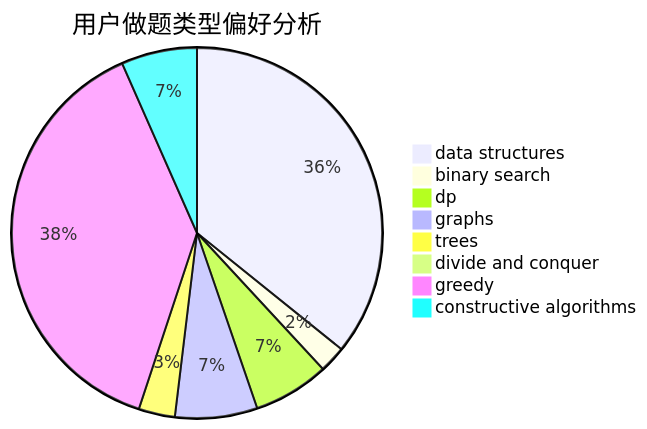
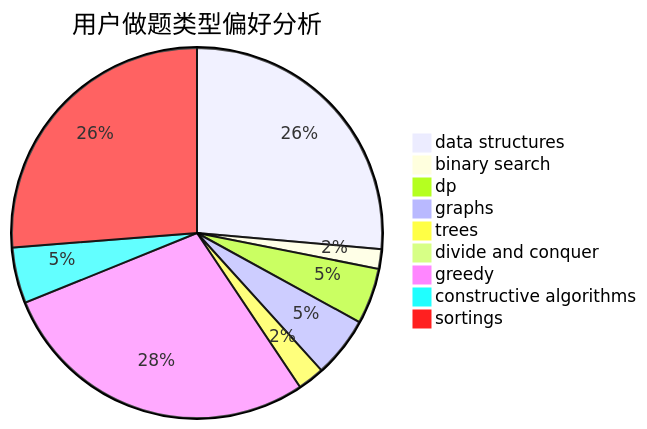
Before and after one commit to sherpahu/cfrs.github.io: the second of 3 diagrams in docs/user/u2056.md, drawn with Mermaid. The commit also changed other lines of this file and 2769 other files, not shown here.

````diff
--- a/docs/user/u2056.md
+++ b/docs/user/u2056.md
@@ -23,11 +18,12 @@
 ```mermaid
 pie title 用户做题类型偏好分析
     "data structures" :  384
     "binary search" :  25
     "dp" :  71
     "graphs" :  77
     "trees" :  34
     "divide and conquer" :  0
     "greedy" :  411
     "constructive algorithms" :  71
+    "sortings" :  382
 ```
````
